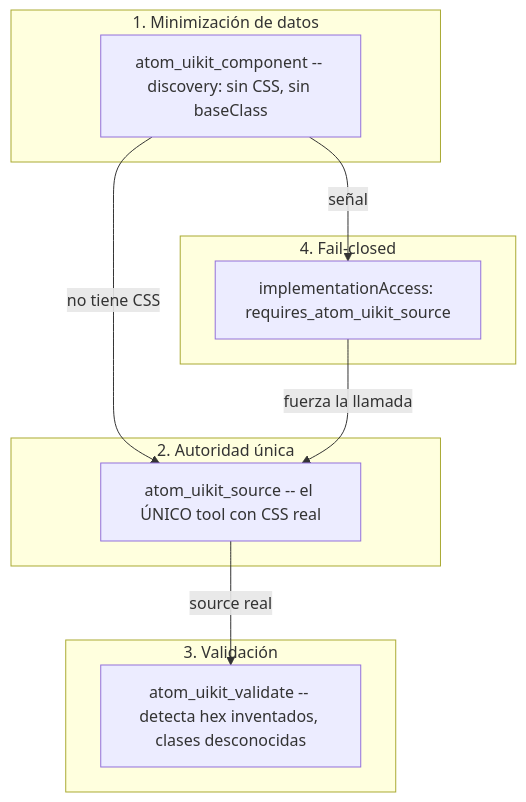
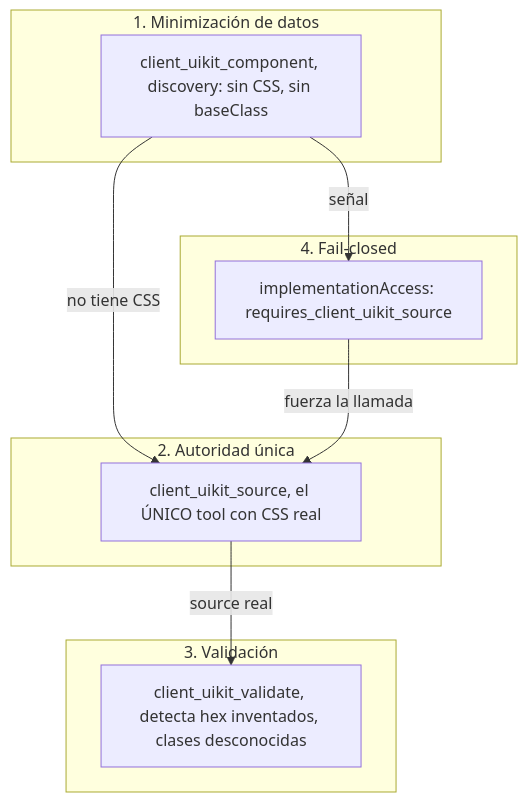
One commit to karenrebecag/Portfolio2026 changed the third of 6 diagrams in apps/web/src/content/projects/design-system-ships-itself-es.md. Above: the diagram before and after it, drawn with Mermaid. The commit also changed other lines of this file and 2 other files, not shown here.

First line of the commit message:
docs(portfolio): sync design-system case study and anonymize client

````diff
--- a/apps/web/src/content/projects/design-system-ships-itself-es.md
+++ b/apps/web/src/content/projects/design-system-ships-itself-es.md
@@ -248,19 +251,19 @@
 ```mermaid Anti-hallucination en cuatro capas
 graph TD
   subgraph L1["1. Minimización de datos"]
-    COMP["atom_uikit_component -- discovery: sin CSS, sin baseClass"]
+    COMP["client_uikit_component, discovery: sin CSS, sin baseClass"]
   end
   subgraph L2["2. Autoridad única"]
-    SRC["atom_uikit_source -- el ÚNICO tool con CSS real"]
+    SRC["client_uikit_source, el ÚNICO tool con CSS real"]
   end
   subgraph L3["3. Validación"]
-    VAL["atom_uikit_validate -- detecta hex inventados, clases desconocidas"]
+    VAL["client_uikit_validate, detecta hex inventados, clases desconocidas"]
   end
   subgraph L4["4. Fail-closed"]
-    GUARD["implementationAccess: requires_atom_uikit_source"]
+    GUARD["implementationAccess: requires_client_uikit_source"]
   end
   COMP -->|no tiene CSS| SRC
   COMP -->|señal| GUARD
   GUARD -->|fuerza la llamada| SRC
   SRC -->|source real| VAL
 ```
````
